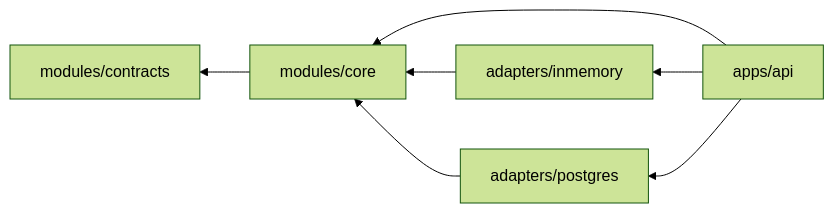
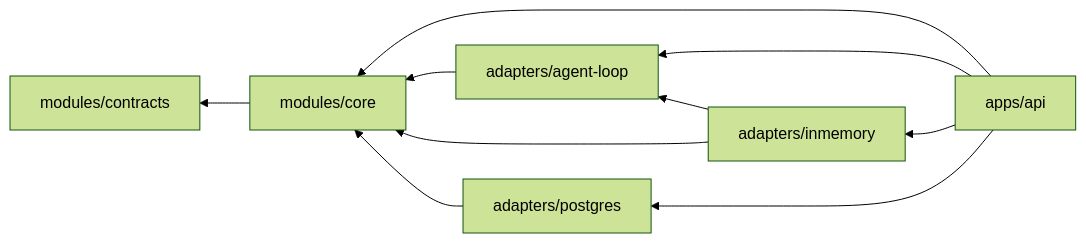
One commit to striveh/emergeos changed the diagram in docs/architecture/module-map.md. Above: the diagram before and after it, drawn with Mermaid (forest theme). The commit also changed other lines of this file and 13 other files, not shown here.

````diff
--- a/docs/architecture/module-map.md
+++ b/docs/architecture/module-map.md
@@ -30,15 +33,19 @@
 ```mermaid
 flowchart RL
   API["apps/api"]
+  LOOP["adapters/agent-loop"]
   MEM["adapters/inmemory"]
   PG["adapters/postgres"]
   CORE["modules/core"]
   CT["modules/contracts"]
 
+  API --> LOOP
   API --> MEM
   API --> PG
   API --> CORE
+  MEM --> LOOP
+  LOOP --> CORE
   MEM --> CORE
   PG --> CORE
   CORE --> CT
 ```
````
